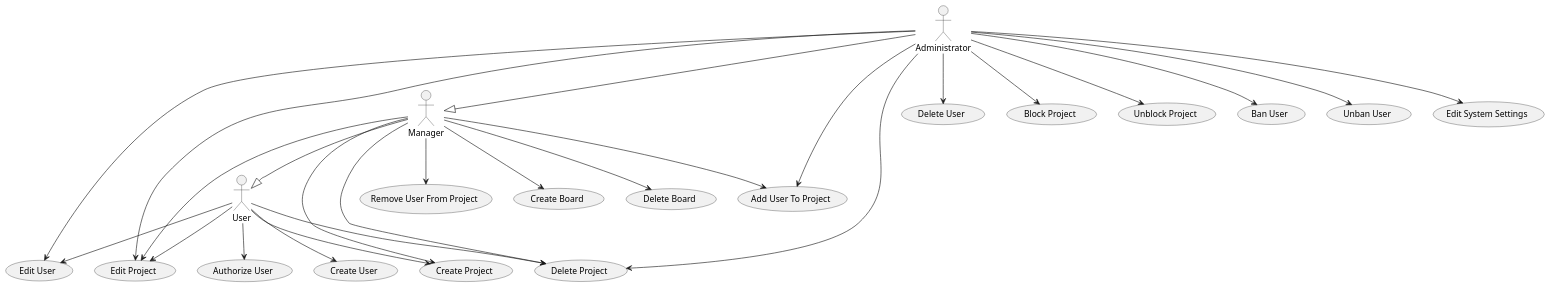
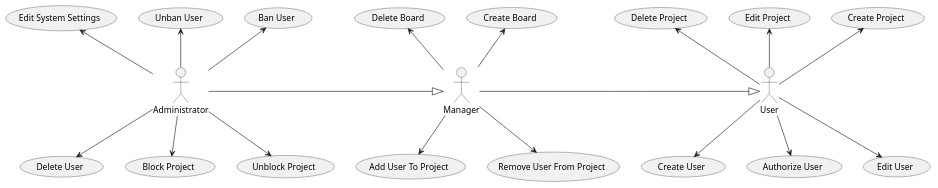
One commit to luckyscammer/IO-35_DB_gr4 changed the first of 20 diagrams in docs/use cases/README.md. Above: the diagram before and after it, drawn with PlantUML.

Commit message:
Fixed main diagram

```diff
--- a/docs/use cases/README.md
+++ b/docs/use cases/README.md
@@ -5,36 +5,29 @@
 @startuml
 
 actor User as U
 actor Manager as M
 actor Administrator as A
 
-M --|> U
-A --|> M
+M -r-|> U
+A -r-|> M
 
-U --> (Create User)
-U --> (Authorize User)
-U --> (Edit User)
-U --> (Create Project)
-U --> (Edit Project)
-U --> (Delete Project)
+U -d-> (Create User)
+U -d-> (Authorize User)
+U -d-> (Edit User)
+U -u-> (Create Project)
+U -u-> (Edit Project)
+U -u-> (Delete Project)
 
-M --> (Create Project)
-M --> (Edit Project)
-M --> (Delete Project)
-M --> (Add User To Project)
-M --> (Remove User From Project)
-M --> (Create Board)
-M --> (Delete Board)
+M -d-> (Add User To Project)
+M -d-> (Remove User From Project)
+M -u-> (Create Board)
+M -u-> (Delete Board)
 
-A --> (Delete User)
-A --> (Edit User)
-A --> (Edit Project)
-A --> (Delete Project)
-A --> (Add User To Project)
-A --> (Block Project)
-A --> (Unblock Project)
-A --> (Ban User)
-A --> (Unban User)
-A --> (Edit System Settings)
+A -d-> (Delete User)
+A -d-> (Block Project)
+A -d-> (Unblock Project)
+A -u-> (Ban User)
+A -u-> (Unban User)
+A -u-> (Edit System Settings)
 
 @enduml
```
